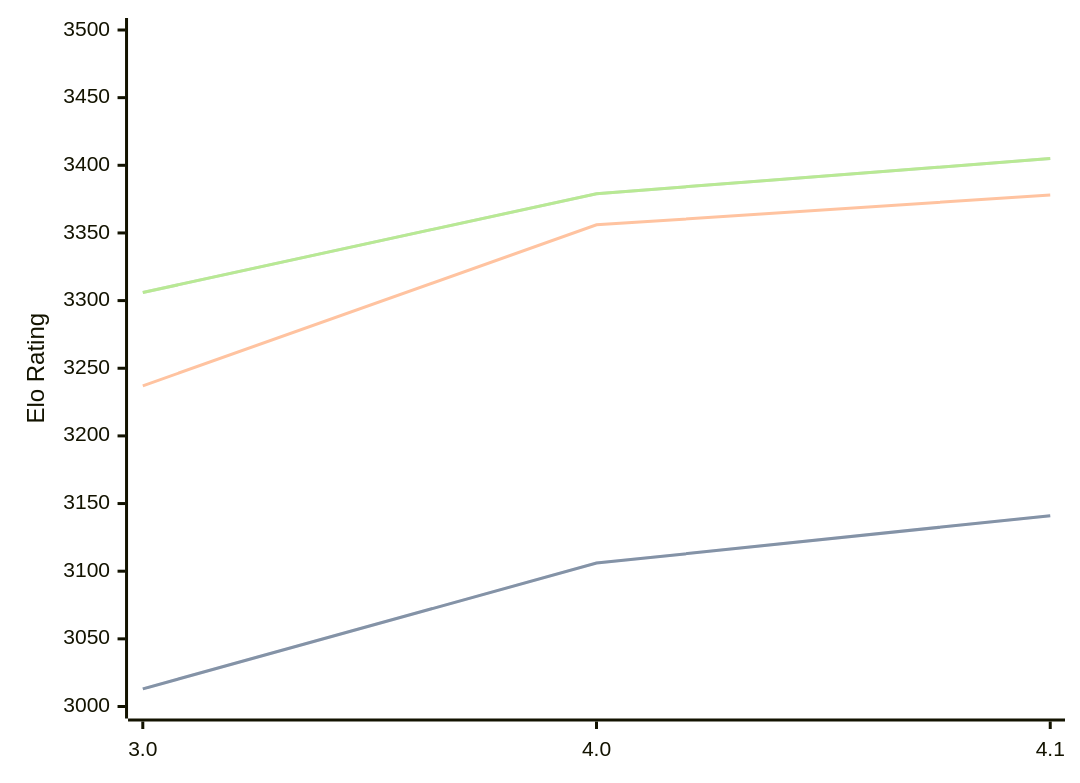
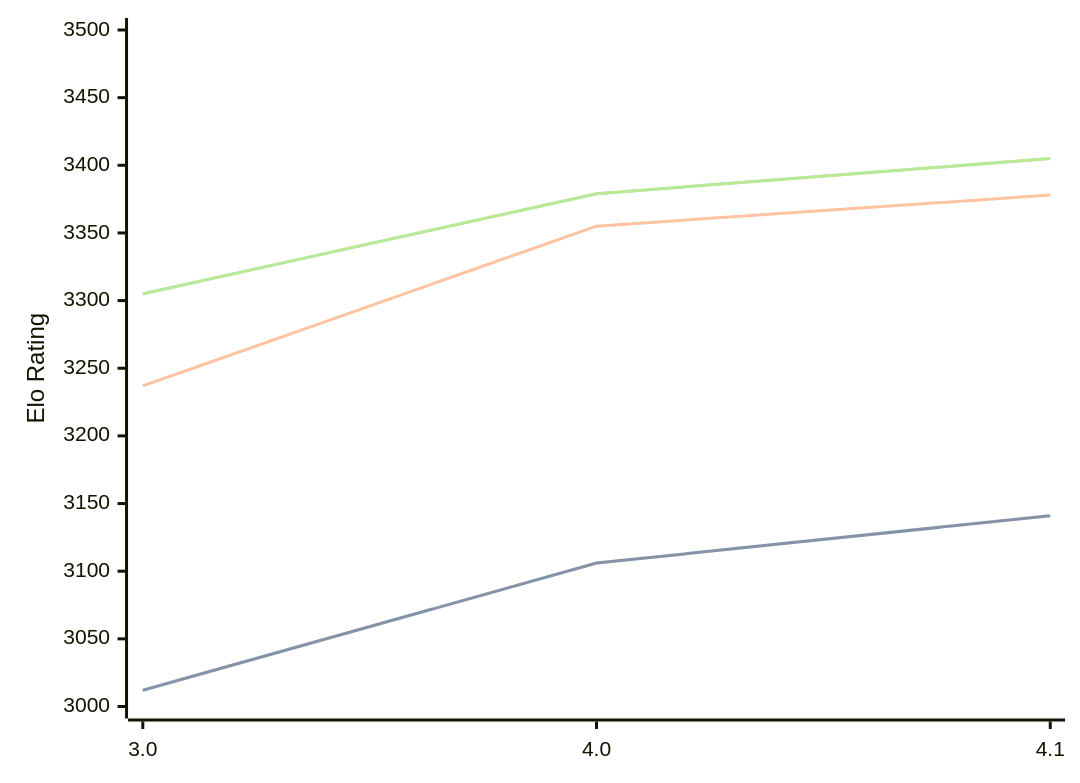
The diagram in engines/Eleanor.md (computer-chess-index/cci), drawn with Mermaid before and after one commit. The commit also changed other lines of this file, not shown here.

Commit message:
Update CCI Ratings (ELO VLTC) - 2026-06-10

````diff
--- a/engines/Eleanor.md
+++ b/engines/Eleanor.md
@@ -35,11 +35,11 @@
 ```mermaid
 %%{init: {"theme":"base","themeVariables":{"seriesColors:['#a3a3a3','#222221','#faa371']}}}%%
 xychart-beta
   x-axis ["3.0", "4.0", "4.1"]
   y-axis "Elo Rating" 3000 --> 3500
-  line "STC (8.0+0.08s)" [3013, 3106, 3141]
-  line "STC (8.0+0.08s)" [3013, 3106, 3141]
-  line "LTC (60.0+0.60s)" [3237, 3356, 3378]
-  line "VLTC (2m24s+1.12s)" [3306, 3379, 3405]
-  line "VLTC (2m24s+1.12s)" [3306, 3379, 3405]
+  line "STC (8.0+0.08s)" [3012, 3106, 3141]
+  line "STC (8.0+0.08s)" [3012, 3106, 3141]
+  line "LTC (60.0+0.60s)" [3237, 3355, 3378]
+  line "VLTC (2m24s+1.12s)" [3305, 3379, 3405]
+  line "VLTC (2m24s+1.12s)" [3305, 3379, 3405]
 ```
````
